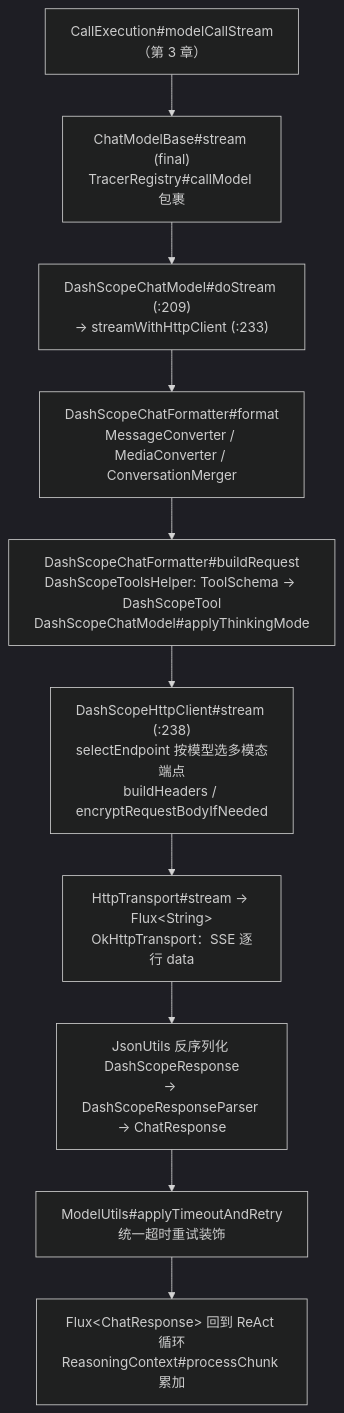
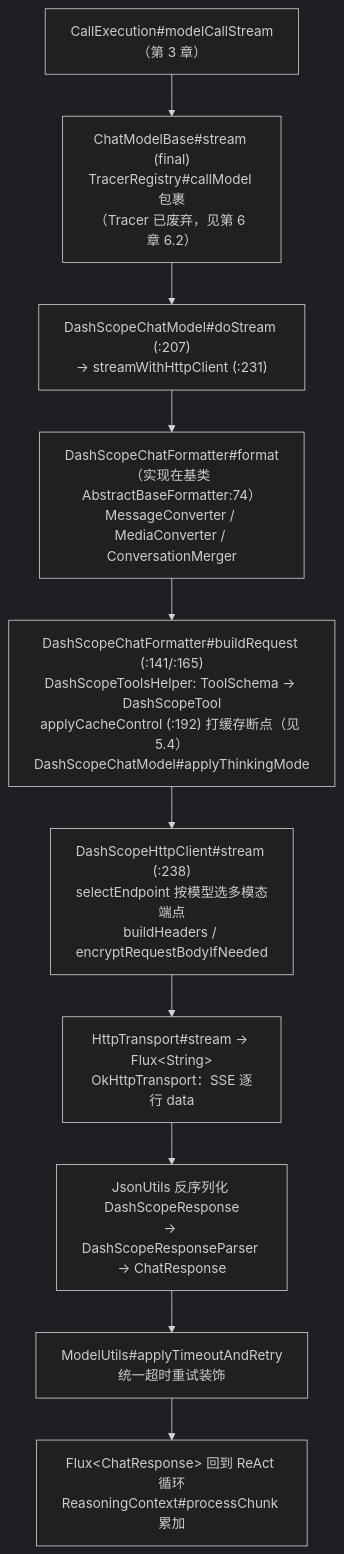
The first of 2 diagrams in 05-模型层.md (liulangjietou/AgentScope-source-analysis), drawn with Mermaid (dark theme) before and after one commit. The commit also changed other lines of this file and 10 other files, not shown here.

````diff
--- a/05-模型层.md
+++ b/05-模型层.md
@@ -56,12 +56,12 @@
 ```mermaid
 flowchart TB
-    MC["CallExecution#modelCallStream（第 3 章）"] --> CMB["ChatModelBase#stream (final)<br/>TracerRegistry#callModel 包裹"]
-    CMB --> DS["DashScopeChatModel#doStream (:209)<br/>→ streamWithHttpClient (:233)"]
-    DS --> FMT["DashScopeChatFormatter#format<br/>MessageConverter / MediaConverter / ConversationMerger"]
-    FMT --> REQ["DashScopeChatFormatter#buildRequest<br/>DashScopeToolsHelper: ToolSchema → DashScopeTool<br/>DashScopeChatModel#applyThinkingMode"]
+    MC["CallExecution#modelCallStream（第 3 章）"] --> CMB["ChatModelBase#stream (final)<br/>TracerRegistry#callModel 包裹<br/>（Tracer 已废弃，见第 6 章 6.2）"]
+    CMB --> DS["DashScopeChatModel#doStream (:207)<br/>→ streamWithHttpClient (:231)"]
+    DS --> FMT["DashScopeChatFormatter#format<br/>（实现在基类 AbstractBaseFormatter:74）<br/>MessageConverter / MediaConverter / ConversationMerger"]
+    FMT --> REQ["DashScopeChatFormatter#buildRequest (:141/:165)<br/>DashScopeToolsHelper: ToolSchema → DashScopeTool<br/>applyCacheControl (:192) 打缓存断点（见 5.4）<br/>DashScopeChatModel#applyThinkingMode"]
     REQ --> HTTP["DashScopeHttpClient#stream (:238)<br/>selectEndpoint 按模型选多模态端点<br/>buildHeaders / encryptRequestBodyIfNeeded"]
     HTTP --> TR["HttpTransport#stream → Flux&lt;String&gt;<br/>OkHttpTransport：SSE 逐行 data"]
     TR --> PARSE["JsonUtils 反序列化 DashScopeResponse<br/>→ DashScopeResponseParser → ChatResponse"]
     PARSE --> RETRY["ModelUtils#applyTimeoutAndRetry<br/>统一超时重试装饰"]
     RETRY --> OUT["Flux&lt;ChatResponse&gt; 回到 ReAct 循环<br/>ReasoningContext#processChunk 累加"]
 ```
````
